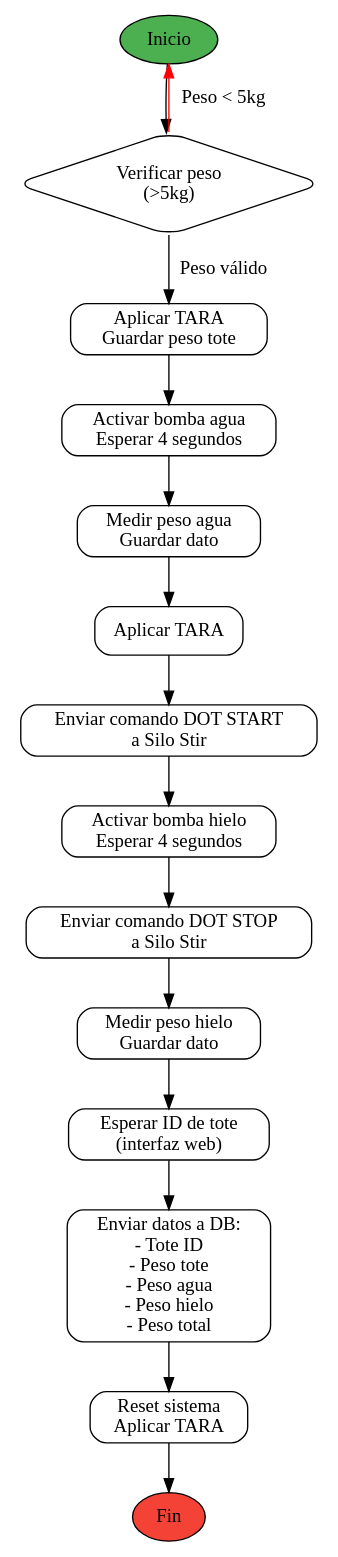
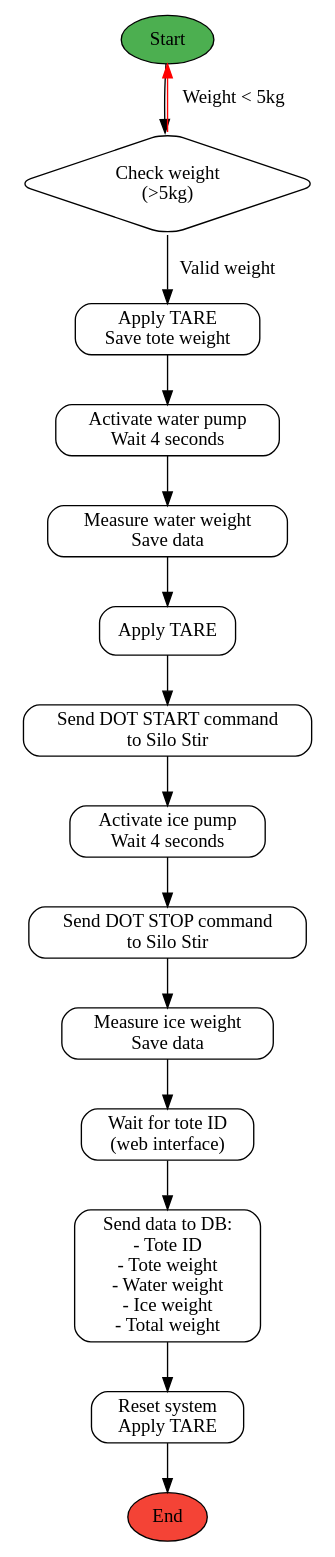
One commit to ayam-brand-IOT/Tote_outbound changed the third of 3 diagrams in README.md. Above: the diagram before and after it, drawn with Graphviz. The commit also changed other lines of this file and 5 other files, not shown here.

````diff
--- a/README.md
+++ b/README.md
@@ -103,36 +103,36 @@
 ```dot
 digraph ProcessFlow {
     rankdir=TB;
     node [shape=box, style=rounded];
     
-    start [label="Inicio", shape=ellipse, style=filled, fillcolor="#4CAF50"];
-    check_weight [label="Verificar peso\n(>5kg)", shape=diamond];
-    tare1 [label="Aplicar TARA\nGuardar peso tote"];
-    fill_water [label="Activar bomba agua\nEsperar 4 segundos"];
-    measure_water [label="Medir peso agua\nGuardar dato"];
-    tare2 [label="Aplicar TARA"];
-    ice_start [label="Enviar comando DOT START\na Silo Stir"];
-    fill_ice [label="Activar bomba hielo\nEsperar 4 segundos"];
-    ice_stop [label="Enviar comando DOT STOP\na Silo Stir"];
-    measure_ice [label="Medir peso hielo\nGuardar dato"];
-    wait_id [label="Esperar ID de tote\n(interfaz web)"];
-    send_db [label="Enviar datos a DB:\n- Tote ID\n- Peso tote\n- Peso agua\n- Peso hielo\n- Peso total"];
-    reset [label="Reset sistema\nAplicar TARA"];
-    end [label="Fin", shape=ellipse, style=filled, fillcolor="#f44336"];
+    start [label="Start", shape=ellipse, style=filled, fillcolor="#4CAF50"];
+    check_weight [label="Check weight\n(>5kg)", shape=diamond];
+    tare1 [label="Apply TARE\nSave tote weight"];
+    fill_water [label="Activate water pump\nWait 4 seconds"];
+    measure_water [label="Measure water weight\nSave data"];
+    tare2 [label="Apply TARE"];
+    ice_start [label="Send DOT START command\nto Silo Stir"];
+    fill_ice [label="Activate ice pump\nWait 4 seconds"];
+    ice_stop [label="Send DOT STOP command\nto Silo Stir"];
+    measure_ice [label="Measure ice weight\nSave data"];
+    wait_id [label="Wait for tote ID\n(web interface)"];
+    send_db [label="Send data to DB:\n- Tote ID\n- Tote weight\n- Water weight\n- Ice weight\n- Total weight"];
+    reset [label="Reset system\nApply TARE"];
+    end [label="End", shape=ellipse, style=filled, fillcolor="#f44336"];
     
     start -> check_weight;
-    check_weight -> tare1 [label="Peso válido"];
-    check_weight -> start [label="Peso < 5kg", color=red];
+    check_weight -> tare1 [label="Valid weight"];
+    check_weight -> start [label="Weight < 5kg", color=red];
     tare1 -> fill_water;
     fill_water -> measure_water;
     measure_water -> tare2;
     tare2 -> ice_start;
     ice_start -> fill_ice;
     fill_ice -> ice_stop;
     ice_stop -> measure_ice;
     measure_ice -> wait_id;
     wait_id -> send_db;
     send_db -> reset;
     reset -> end;
 }
 ```
````
